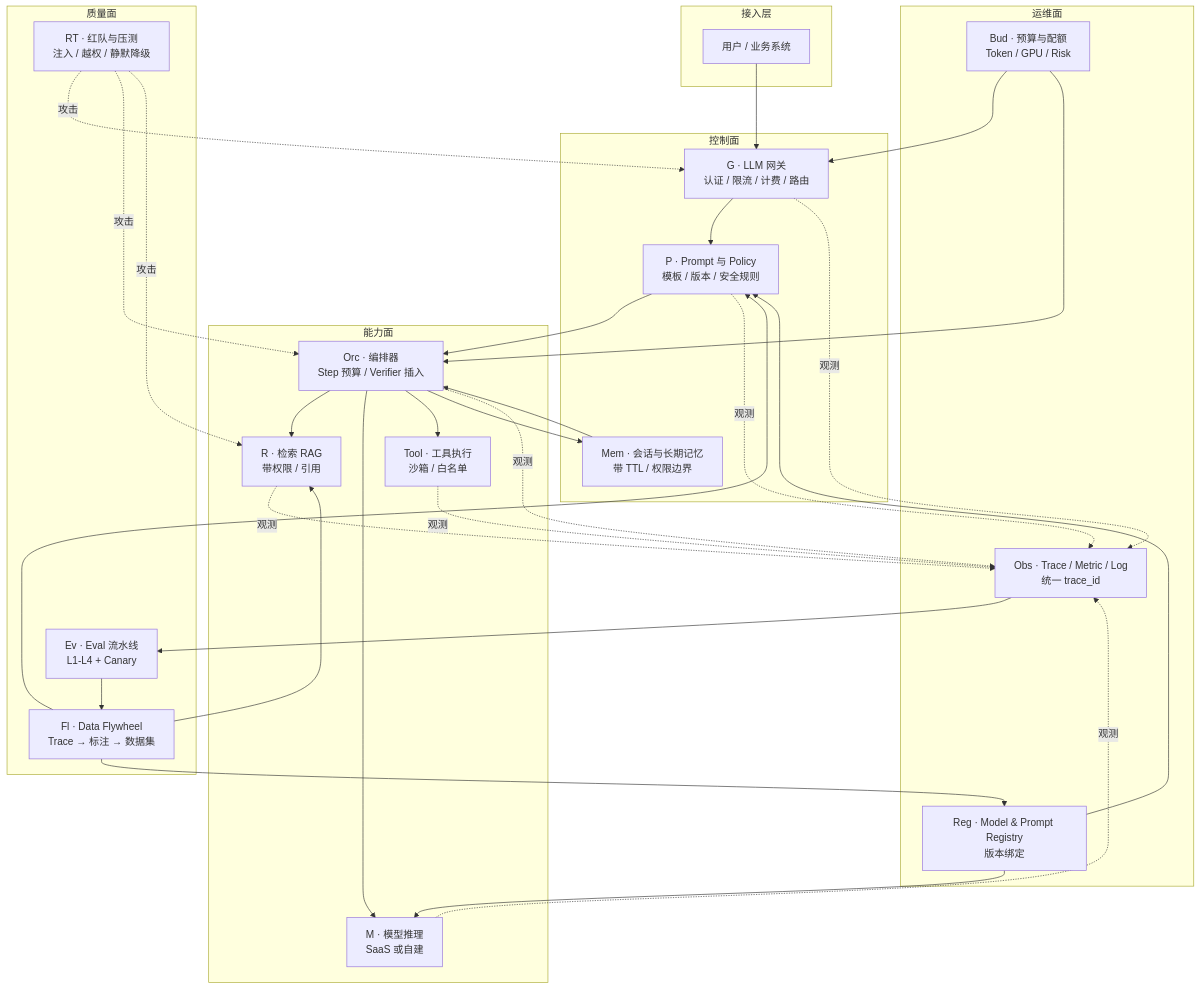
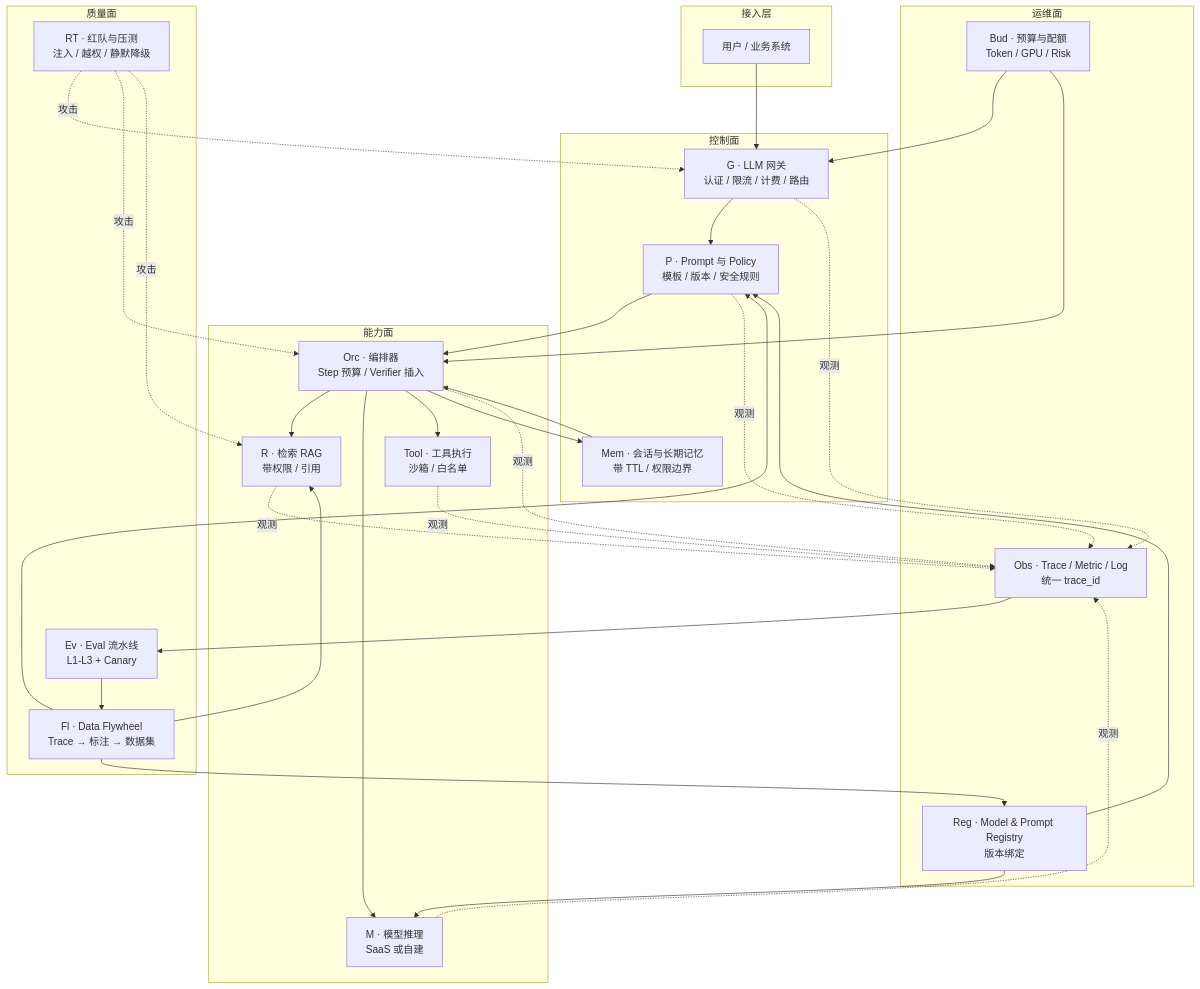
Before and after one commit to oh-my-vibe-coding/ai-reliability-architecture: the first of 3 diagrams in 架构/01-AI系统参考架构.md, drawn with Mermaid. The commit also changed other lines of this file and 93 other files, not shown here.

````diff
--- a/架构/01-AI系统参考架构.md
+++ b/架构/01-AI系统参考架构.md
@@ -31,62 +31,62 @@
 ```mermaid
 flowchart TB
     subgraph Edge[接入层]
         U[用户 / 业务系统]
     end
 
     subgraph Control[控制面]
         G[G · LLM 网关<br/>认证 / 限流 / 计费 / 路由]
         P[P · Prompt 与 Policy<br/>模板 / 版本 / 安全规则]
         Mem[Mem · 会话与长期记忆<br/>带 TTL / 权限边界]
     end
 
     subgraph Brain[能力面]
         Orc[Orc · 编排器<br/>Step 预算 / Verifier 插入]
         M[M · 模型推理<br/>SaaS 或自建]
         R[R · 检索 RAG<br/>带权限 / 引用]
         Tool[Tool · 工具执行<br/>沙箱 / 白名单]
     end
 
     subgraph Quality[质量面]
-        Ev[Ev · Eval 流水线<br/>L1-L4 + Canary]
+        Ev[Ev · Eval 流水线<br/>L1-L3 + Canary]
         Fl[Fl · Data Flywheel<br/>Trace → 标注 → 数据集]
         RT[RT · 红队与压测<br/>注入 / 越权 / 静默降级]
     end
 
     subgraph Ops[运维面]
         Obs[Obs · Trace / Metric / Log<br/>统一 trace_id]
         Reg[Reg · Model & Prompt Registry<br/>版本绑定]
         Bud[Bud · 预算与配额<br/>Token / GPU / Risk]
     end
 
     U --> G
     G --> P
     P --> Orc
     Orc --> R
     Orc --> M
     Orc --> Tool
     Orc --> Mem
     Mem --> Orc
 
     G -.观测.-> Obs
     P -.观测.-> Obs
     Orc -.观测.-> Obs
     M -.观测.-> Obs
     R -.观测.-> Obs
     Tool -.观测.-> Obs
 
     Obs --> Ev
     Ev --> Fl
     Fl --> P
     Fl --> R
     Fl --> Reg
 
     RT -.攻击.-> G
     RT -.攻击.-> Orc
     RT -.攻击.-> R
 
     Reg --> M
     Reg --> P
     Bud --> G
     Bud --> Orc
 ```
````
